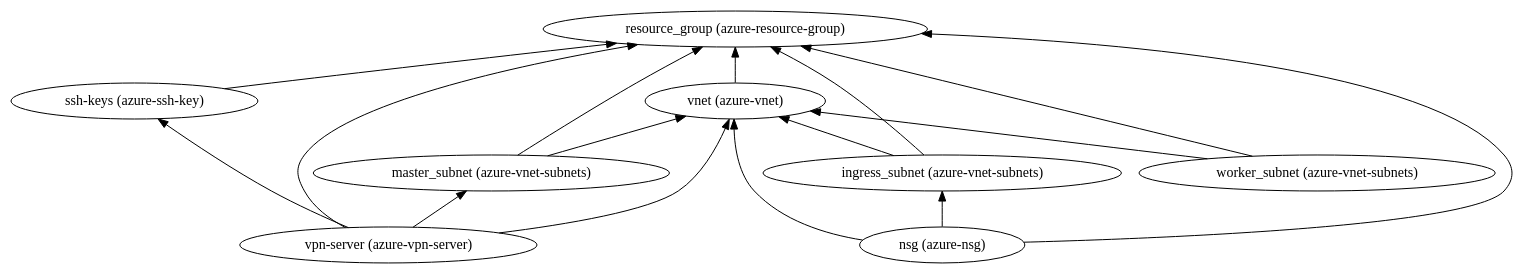
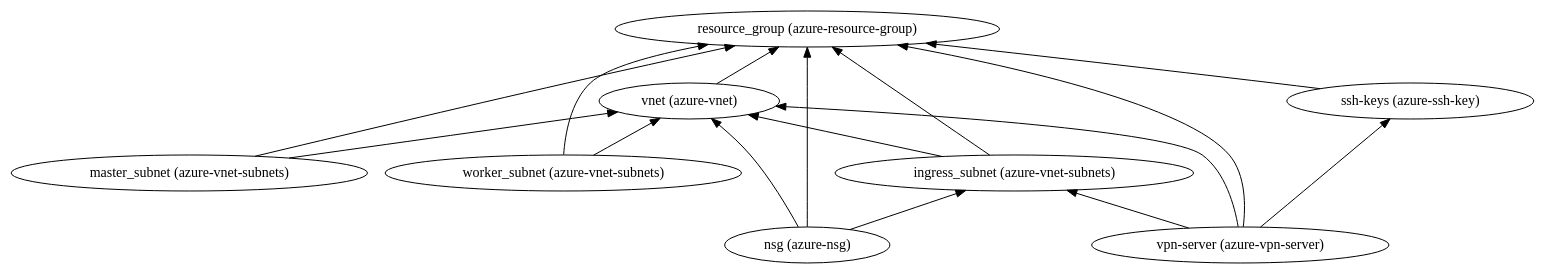
Before and after one commit to IBM/automation-azure-infra-openshift: the diagram in 2-standard/1-aro/101-azure-vnet-std/dependencies.dot, drawn with Graphviz. The commit also changed 36 other files, not shown here.

```diff
--- a/2-standard/1-aro/101-azure-vnet-std/dependencies.dot
+++ b/2-standard/1-aro/101-azure-vnet-std/dependencies.dot
@@ -1,26 +1,26 @@
 digraph {
     rankdir="BT"
     "resource_group (azure-resource-group)"
 "vnet (azure-vnet)" -> "resource_group (azure-resource-group)"
 "vnet (azure-vnet)"
 "master_subnet (azure-vnet-subnets)" -> "resource_group (azure-resource-group)"
 "master_subnet (azure-vnet-subnets)" -> "vnet (azure-vnet)"
 "master_subnet (azure-vnet-subnets)"
 "worker_subnet (azure-vnet-subnets)" -> "resource_group (azure-resource-group)"
 "worker_subnet (azure-vnet-subnets)" -> "vnet (azure-vnet)"
 "worker_subnet (azure-vnet-subnets)"
 "ingress_subnet (azure-vnet-subnets)" -> "resource_group (azure-resource-group)"
 "ingress_subnet (azure-vnet-subnets)" -> "vnet (azure-vnet)"
 "ingress_subnet (azure-vnet-subnets)"
 "nsg (azure-nsg)" -> "resource_group (azure-resource-group)"
 "nsg (azure-nsg)" -> "vnet (azure-vnet)"
 "nsg (azure-nsg)" -> "ingress_subnet (azure-vnet-subnets)"
 "nsg (azure-nsg)"
 "ssh-keys (azure-ssh-key)" -> "resource_group (azure-resource-group)"
 "ssh-keys (azure-ssh-key)"
 "vpn-server (azure-vpn-server)" -> "resource_group (azure-resource-group)"
 "vpn-server (azure-vpn-server)" -> "vnet (azure-vnet)"
-"vpn-server (azure-vpn-server)" -> "master_subnet (azure-vnet-subnets)"
+"vpn-server (azure-vpn-server)" -> "ingress_subnet (azure-vnet-subnets)"
 "vpn-server (azure-vpn-server)" -> "ssh-keys (azure-ssh-key)"
 "vpn-server (azure-vpn-server)"
   }
```
